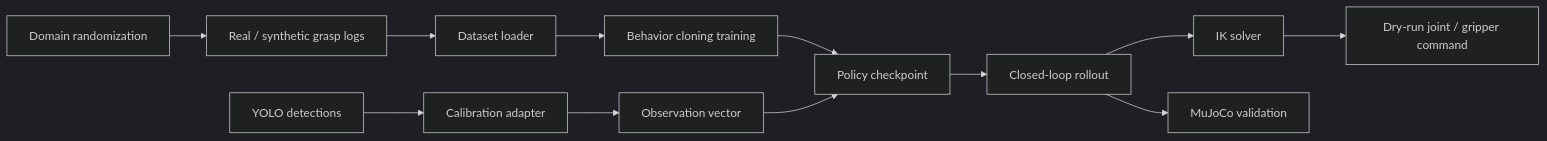
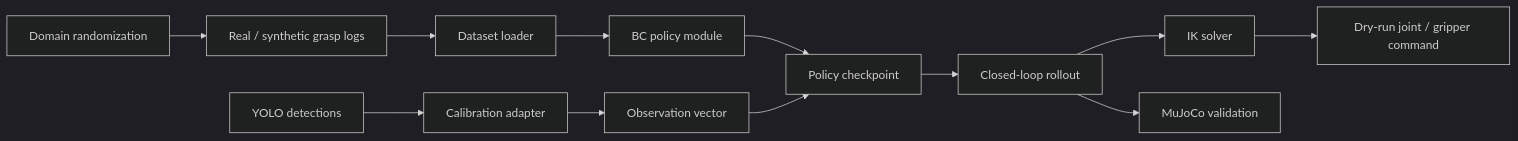
One commit to 1830051801-ux/embodied-arm-learning changed the first of 2 diagrams in README.md. Above: the diagram before and after it, drawn with Mermaid (dark theme). The commit also changed other lines of this file and 10 other files, not shown here.

````diff
--- a/README.md
+++ b/README.md
@@ -30,14 +30,14 @@
 ```mermaid
 flowchart LR
     A["YOLO detections"] --> C["Calibration adapter"]
     B["Real / synthetic grasp logs"] --> D["Dataset loader"]
     C --> E["Observation vector"]
-    D --> F["Behavior cloning training"]
+    D --> F["BC policy module"]
     F --> G["Policy checkpoint"]
     E --> G
     G --> H["Closed-loop rollout"]
     H --> I["IK solver"]
     I --> J["Dry-run joint / gripper command"]
     H --> K["MuJoCo validation"]
     L["Domain randomization"] --> B
 ```
````
